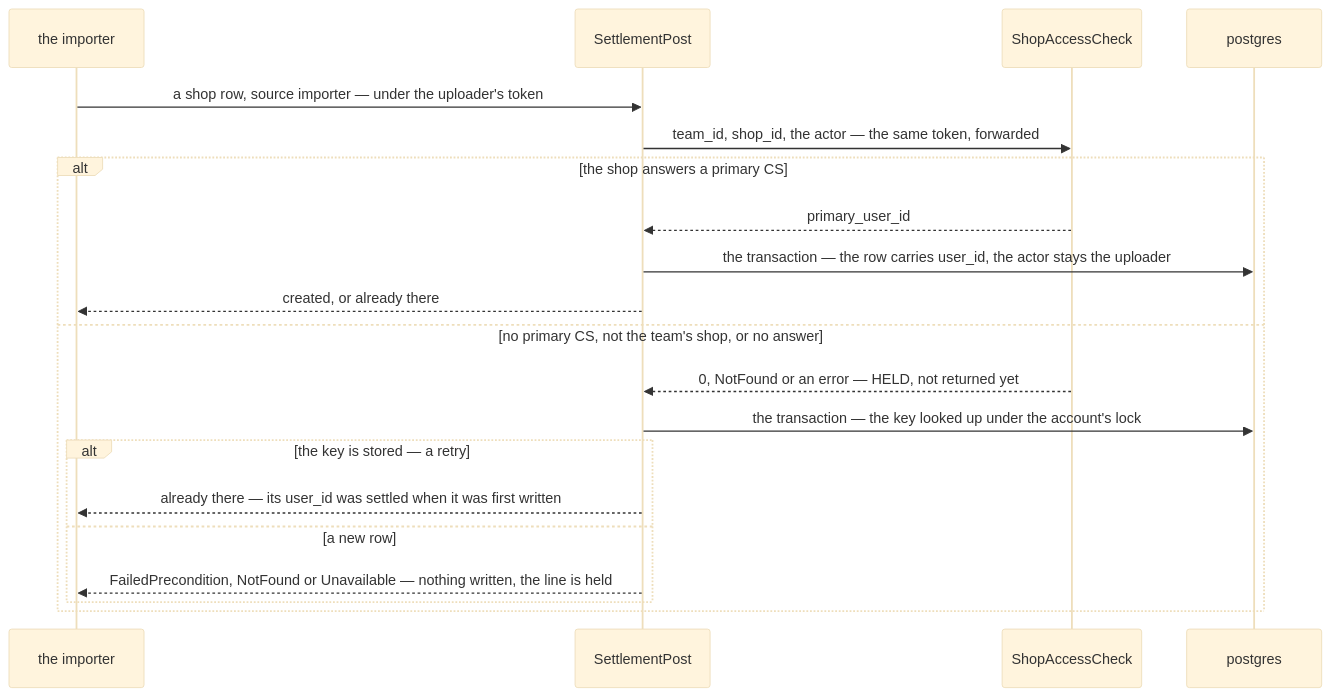
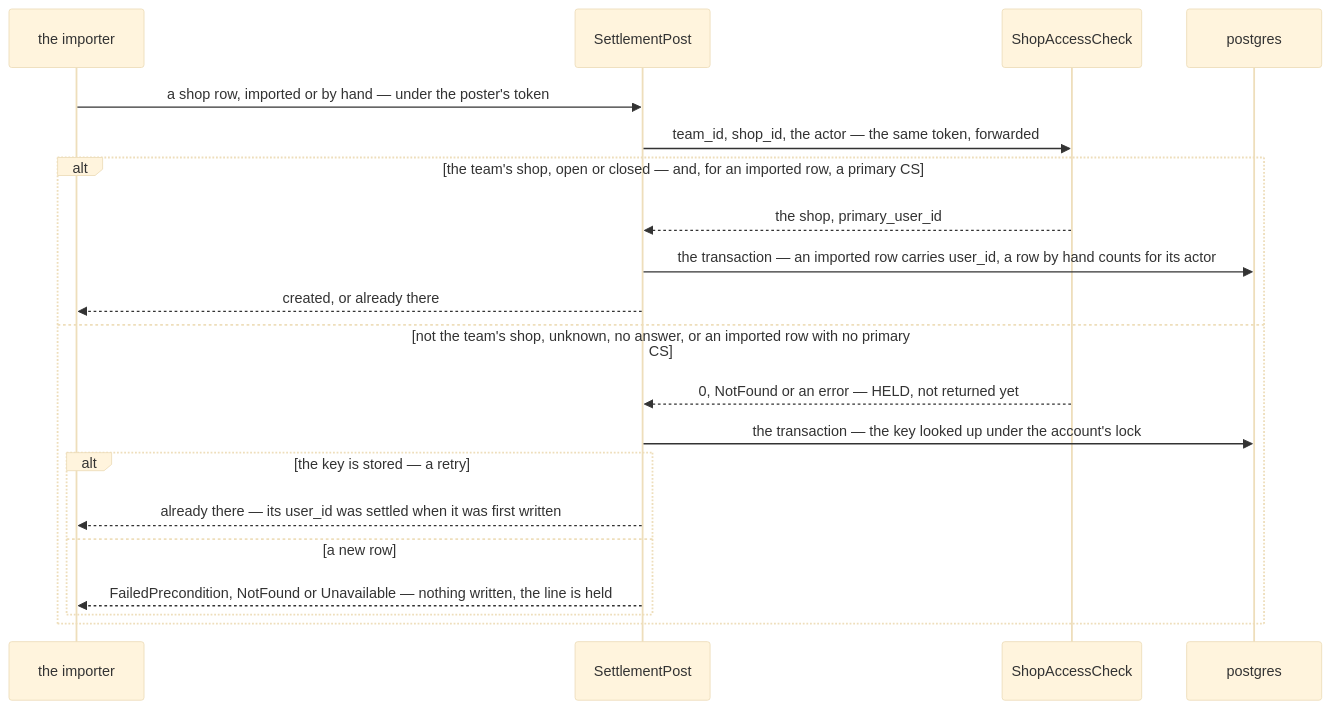
One commit to pdcgo/warehouse_revamp changed the third of 11 diagrams in docs/services/settlement_service/rpc.md. Above: the diagram before and after it, drawn with Mermaid (base theme). The commit also changed other lines of this file and 429 other files, not shown here.

````diff
--- a/docs/services/settlement_service/rpc.md
+++ b/docs/services/settlement_service/rpc.md
@@ -104,22 +114,22 @@
 ```mermaid
 sequenceDiagram
   participant I as the importer
   participant S as SettlementPost
   participant SH as ShopAccessCheck
   participant DB as postgres
-  I->>S: a shop row, source importer — under the uploader's token
+  I->>S: a shop row, imported or by hand — under the poster's token
   S->>SH: team_id, shop_id, the actor — the same token, forwarded
-  alt the shop answers a primary CS
-    SH-->>S: primary_user_id
-    S->>DB: the transaction — the row carries user_id, the actor stays the uploader
+  alt the team's shop, open or closed — and, for an imported row, a primary CS
+    SH-->>S: the shop, primary_user_id
+    S->>DB: the transaction — an imported row carries user_id, a row by hand counts for its actor
     S-->>I: created, or already there
-  else no primary CS, not the team's shop, or no answer
+  else not the team's shop, unknown, no answer, or an imported row with no primary CS
     SH-->>S: 0, NotFound or an error — HELD, not returned yet
     S->>DB: the transaction — the key looked up under the account's lock
     alt the key is stored — a retry
       S-->>I: already there — its user_id was settled when it was first written
     else a new row
       S-->>I: FailedPrecondition, NotFound or Unavailable — nothing written, the line is held
     end
   end
 ```
````
